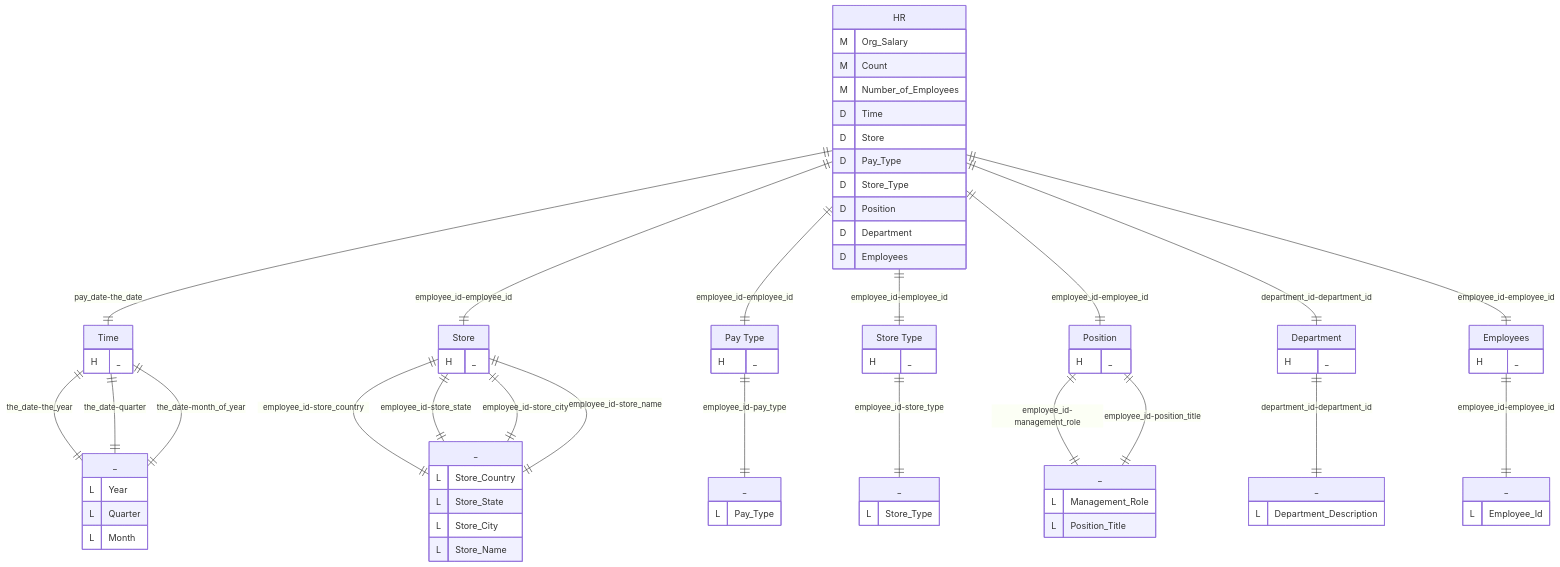
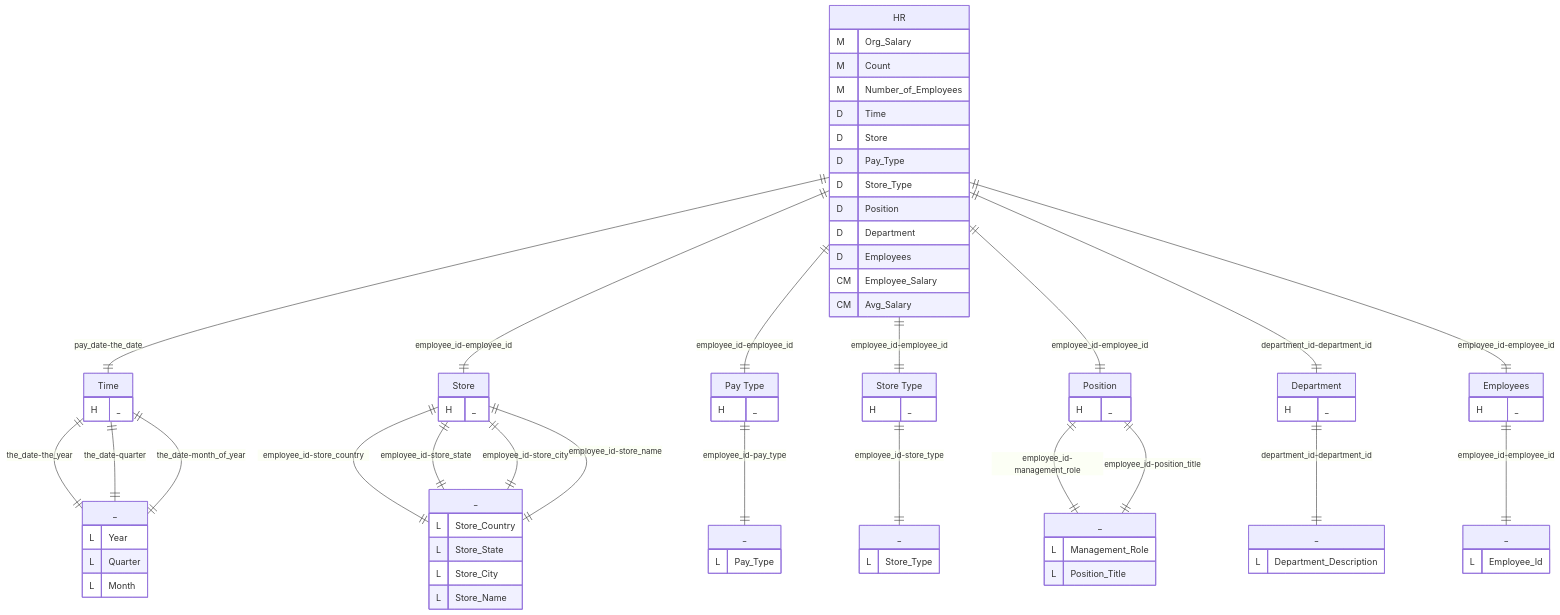
Before and after one commit to xmla-services/workground: the fourth of 9 diagrams in demo/server/catalogs/complex_FoodMart/README.MD, drawn with Mermaid. The commit also changed other lines of this file and 15 other files, not shown here.

```diff
--- a/demo/server/catalogs/complex_FoodMart/README.MD
+++ b/demo/server/catalogs/complex_FoodMart/README.MD
@@ -1029,6 +1260,8 @@
 D Position ""
 D Department ""
 D Employees ""
+CM Employee_Salary ""
+CM Avg_Salary ""
 }
 d30["Time"] {
 H _ ""
```
